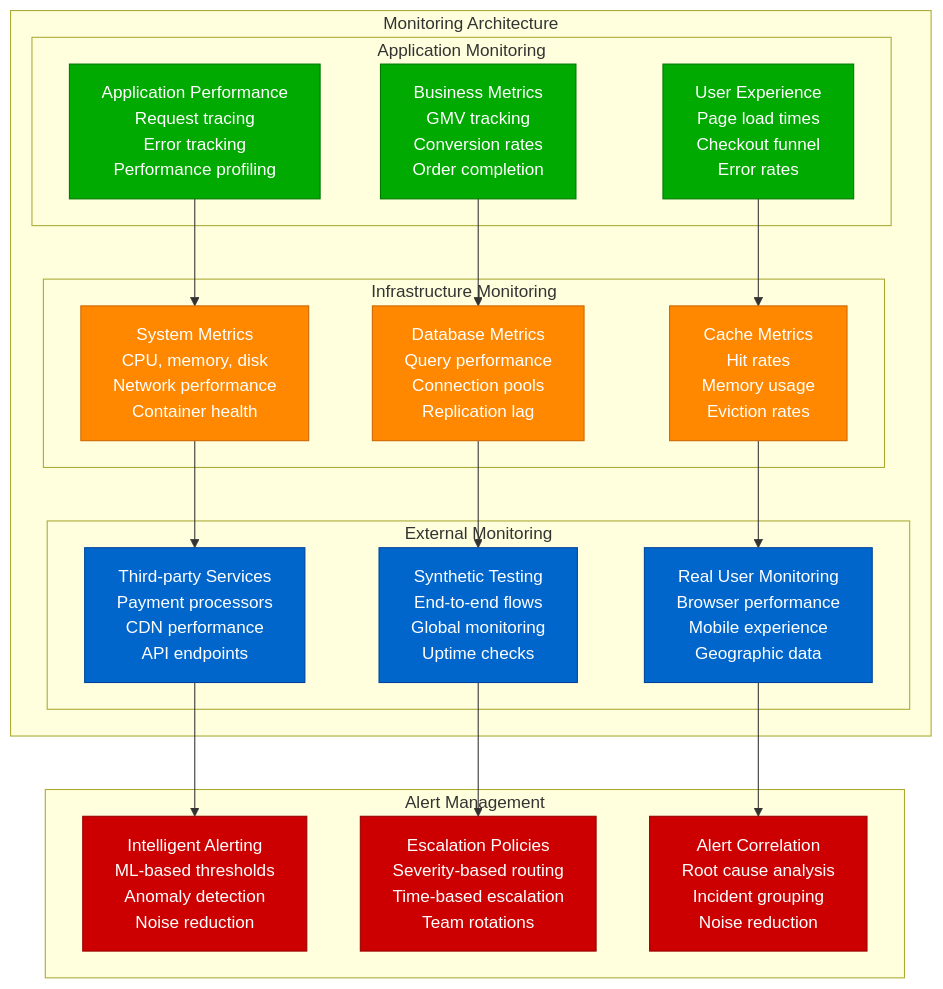
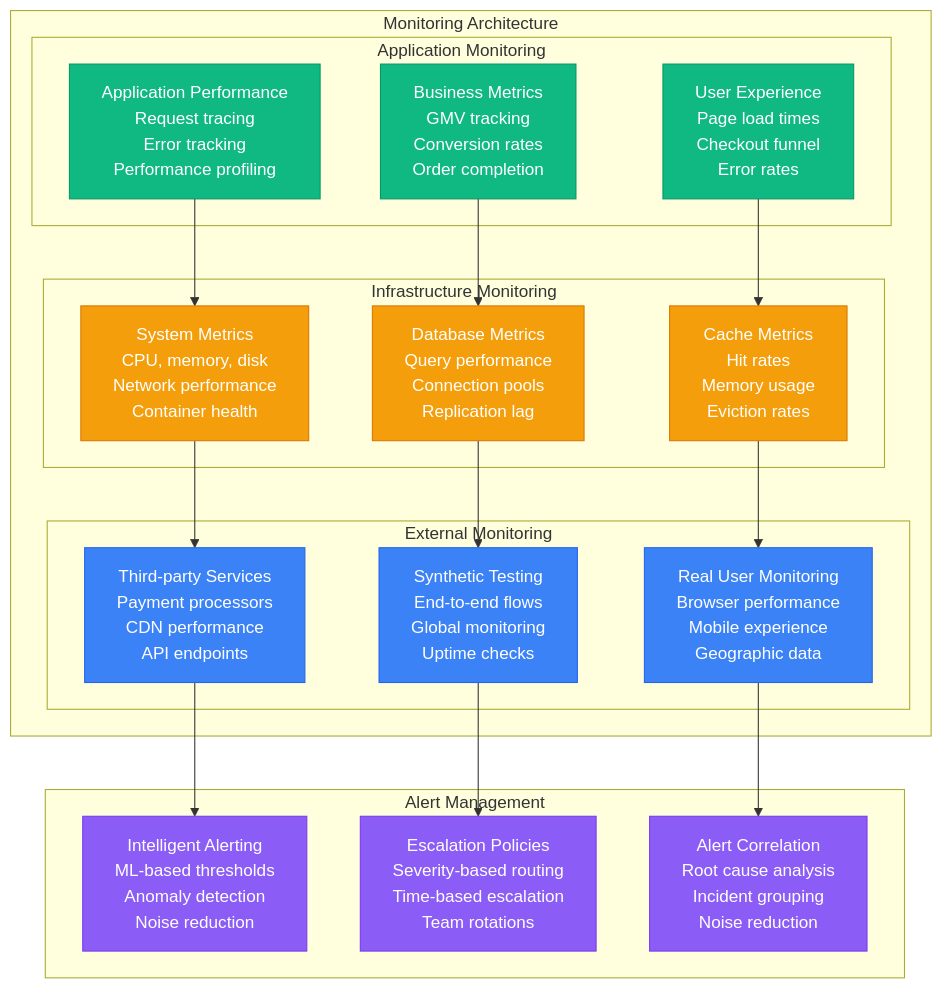
The eighth of 9 diagrams in site/docs/systems/shopify/production-operations.md (deepaucksharma/DS), drawn with Mermaid before and after one commit. The commit also changed other lines of this file and 303 other files, not shown here.

````diff
--- a/site/docs/systems/shopify/production-operations.md
+++ b/site/docs/systems/shopify/production-operations.md
@@ -410,54 +410,54 @@
 ```mermaid
 graph TB
     subgraph "Monitoring Architecture"
         subgraph "Application Monitoring"
             APM[Application Performance<br/>Request tracing<br/>Error tracking<br/>Performance profiling]
             BUSINESS_METRICS[Business Metrics<br/>GMV tracking<br/>Conversion rates<br/>Order completion]
             USER_EXPERIENCE[User Experience<br/>Page load times<br/>Checkout funnel<br/>Error rates]
         end
 
         subgraph "Infrastructure Monitoring"
             SYSTEM_METRICS[System Metrics<br/>CPU, memory, disk<br/>Network performance<br/>Container health]
             DATABASE_METRICS[Database Metrics<br/>Query performance<br/>Connection pools<br/>Replication lag]
             CACHE_METRICS[Cache Metrics<br/>Hit rates<br/>Memory usage<br/>Eviction rates]
         end
 
         subgraph "External Monitoring"
             THIRD_PARTY[Third-party Services<br/>Payment processors<br/>CDN performance<br/>API endpoints]
             SYNTHETIC_TESTS[Synthetic Testing<br/>End-to-end flows<br/>Global monitoring<br/>Uptime checks]
             REAL_USER[Real User Monitoring<br/>Browser performance<br/>Mobile experience<br/>Geographic data]
         end
     end
 
     %% Monitoring relationships
     APM --> SYSTEM_METRICS
     BUSINESS_METRICS --> DATABASE_METRICS
     USER_EXPERIENCE --> CACHE_METRICS
 
     SYSTEM_METRICS --> THIRD_PARTY
     DATABASE_METRICS --> SYNTHETIC_TESTS
     CACHE_METRICS --> REAL_USER
 
     subgraph "Alert Management"
         INTELLIGENT_ALERTING[Intelligent Alerting<br/>ML-based thresholds<br/>Anomaly detection<br/>Noise reduction]
 
         ESCALATION_POLICIES[Escalation Policies<br/>Severity-based routing<br/>Time-based escalation<br/>Team rotations]
 
         ALERT_CORRELATION[Alert Correlation<br/>Root cause analysis<br/>Incident grouping<br/>Noise reduction]
     end
 
     THIRD_PARTY --> INTELLIGENT_ALERTING
     SYNTHETIC_TESTS --> ESCALATION_POLICIES
     REAL_USER --> ALERT_CORRELATION
 
     %% Apply monitoring colors
-    classDef appStyle fill:#00AA00,stroke:#007700,color:#fff
-    classDef infraStyle fill:#FF8800,stroke:#CC6600,color:#fff
-    classDef externalStyle fill:#0066CC,stroke:#004499,color:#fff
-    classDef alertStyle fill:#CC0000,stroke:#990000,color:#fff
+    classDef appStyle fill:#10B981,stroke:#059669,color:#fff
+    classDef infraStyle fill:#F59E0B,stroke:#D97706,color:#fff
+    classDef externalStyle fill:#3B82F6,stroke:#2563EB,color:#fff
+    classDef alertStyle fill:#8B5CF6,stroke:#7C3AED,color:#fff
 
     class APM,BUSINESS_METRICS,USER_EXPERIENCE appStyle
     class SYSTEM_METRICS,DATABASE_METRICS,CACHE_METRICS infraStyle
     class THIRD_PARTY,SYNTHETIC_TESTS,REAL_USER externalStyle
     class INTELLIGENT_ALERTING,ESCALATION_POLICIES,ALERT_CORRELATION alertStyle
 ```
````
